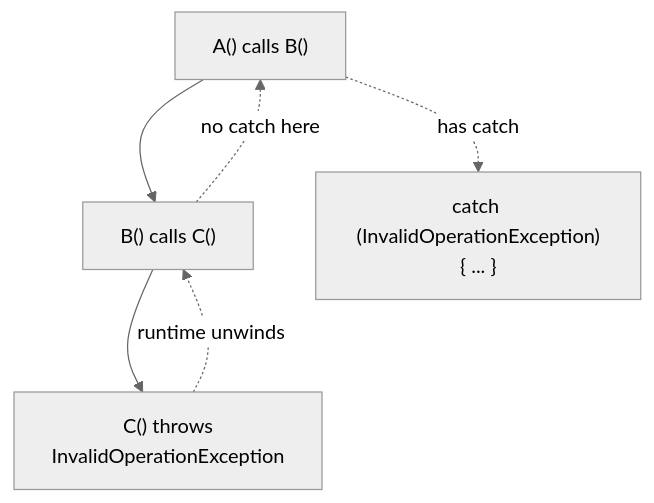
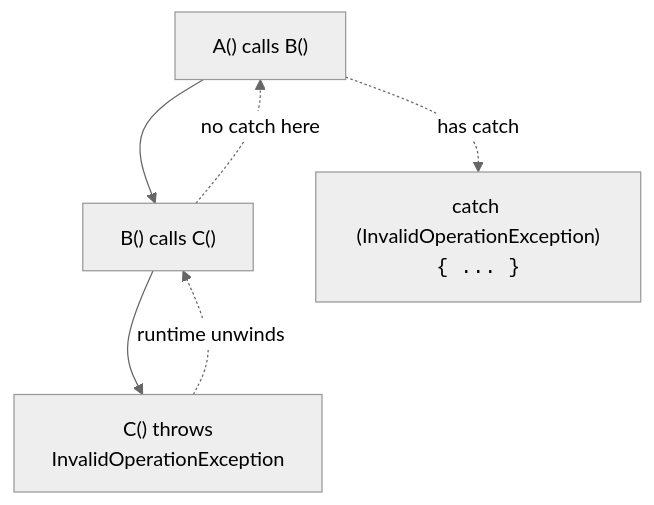
Before and after one commit to dataslope/dataslope: the second of 3 diagrams in content/learn/intro-modern-csharp/managed-runtimes.mdx, drawn with Mermaid (neutral theme). The commit also changed other lines of this file and 100 other files, not shown here.

First line of the commit message:
Wrap more code in diagram labels: filenames, hex, assignments, subgraph titles

````diff
--- a/content/learn/intro-modern-csharp/managed-runtimes.mdx
+++ b/content/learn/intro-modern-csharp/managed-runtimes.mdx
@@ -151,9 +151,9 @@
 ```mermaid
 flowchart TB
     A["A() calls B()"] --> B
     B["B() calls C()"] --> C
     C["C() throws<br/>InvalidOperationException"]
     C -.runtime unwinds.-> B
     B -.no catch here.-> A
-    A -.has catch.-> Handler["catch (InvalidOperationException)<br/>{ ... }"]
+    A -.has catch.-> Handler["catch (InvalidOperationException)<br/><code>{ ... }</code>"]
 ```
````
